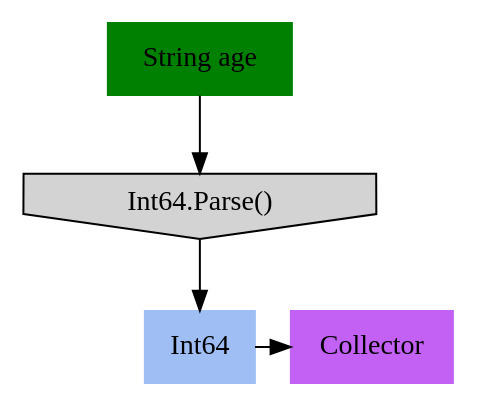
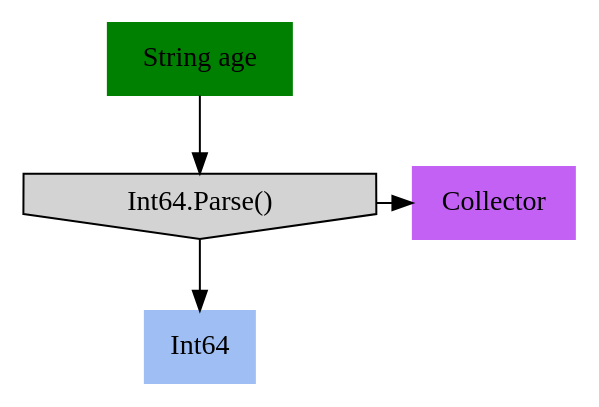
One commit to refactoring-pipelines/Pipelines changed the diagram in Pipelines.Test/PipelineTests.BasicPipelineTest.approved.dot. Above: the diagram before and after it, drawn with Graphviz. The commit also changed 5 other files, not shown here.

```diff
--- a/Pipelines.Test/PipelineTests.BasicPipelineTest.approved.dot
+++ b/Pipelines.Test/PipelineTests.BasicPipelineTest.approved.dot
@@ -1,18 +1,13 @@
 digraph G { node [style=filled, shape=rec]
 
-"String age"
-"String age"
+"String age" -> "Int64.Parse()" -> {"Int64", "Collector0"}
+
 "String age" [color=green]
-"String age" -> "Int64.Parse()"
-"Int64.Parse()"
-"Int64"
-"Int64.Parse()" -> "Int64"
 "Int64.Parse()" [shape=invhouse]
 "Int64" [color="#9fbff4"]
-{ rank=same; "Int64", "Collector0"}
-"Int64" -> "Collector0"
-"Collector0"
-"Collector0"
 "Collector0" [label=Collector, color="#c361f4"]
 
+{ rank=same; "Int64.Parse()", "Collector0"}
+
+
 }
```
